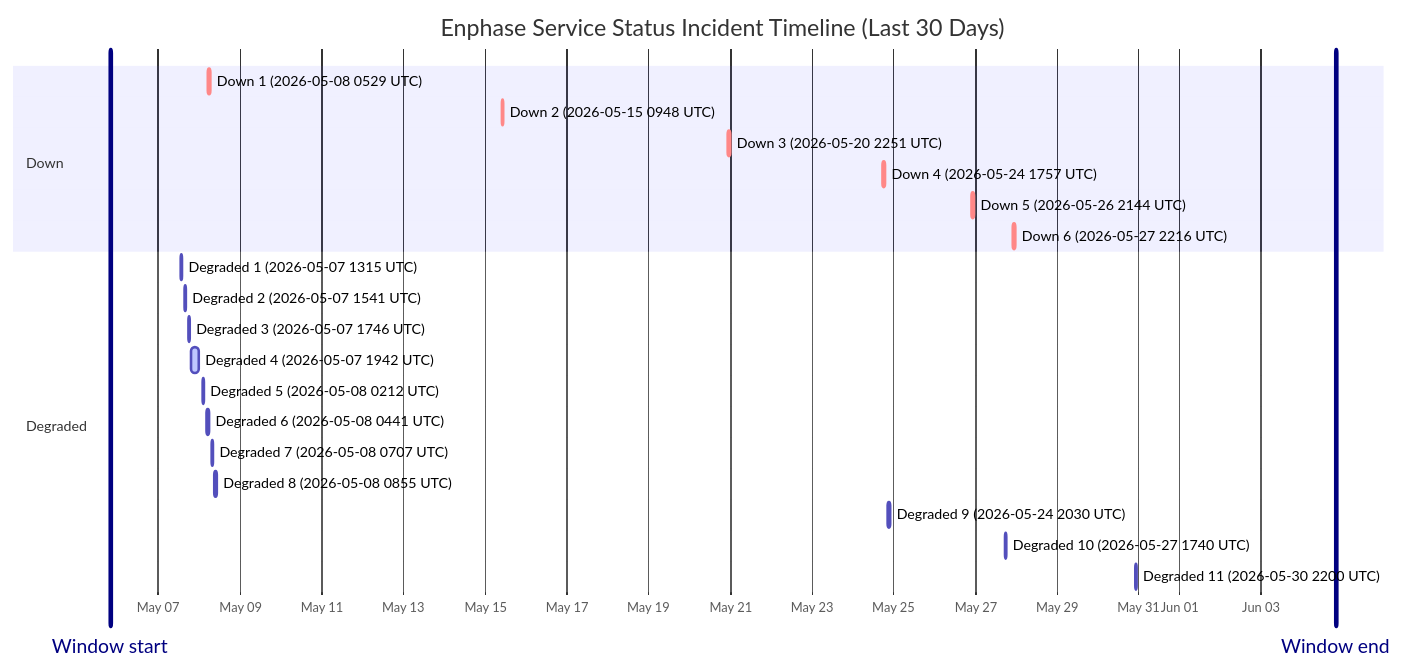
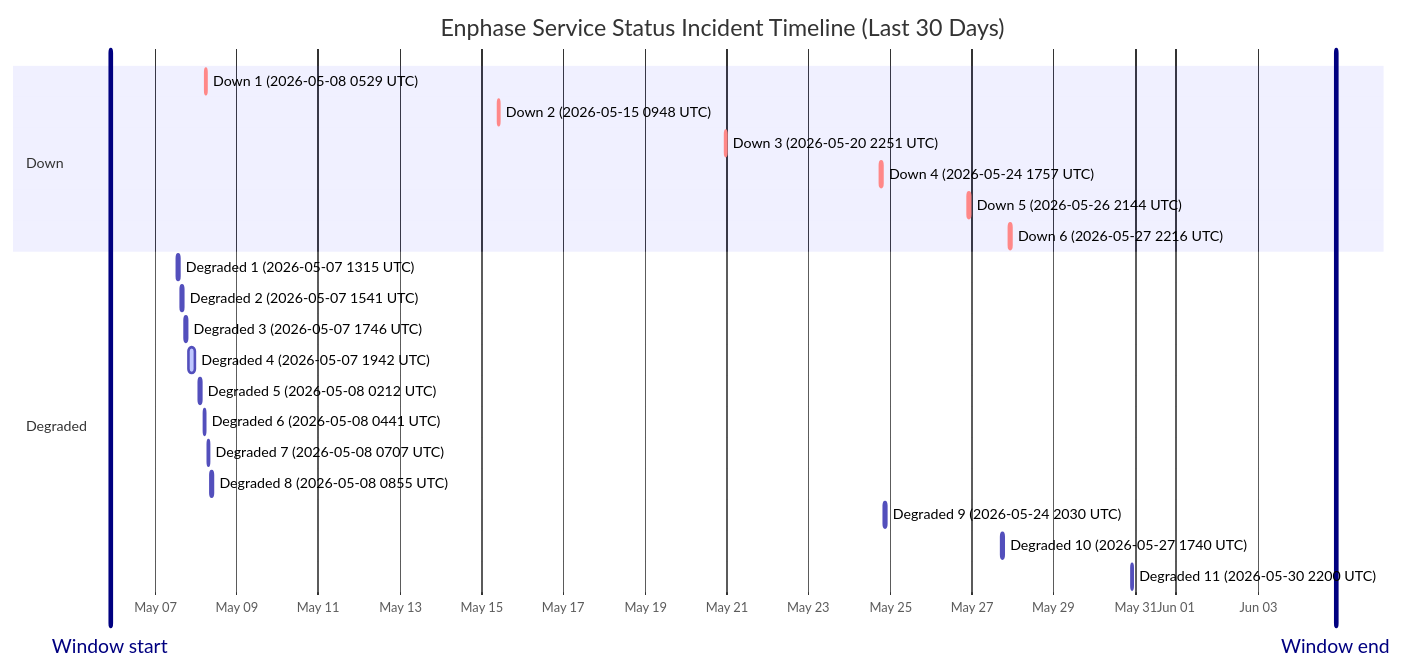
The diagram in wiki/Service-Status-History.md (barneyonline/ha-enphase-energy), drawn with Mermaid before and after one commit. The commit also changed other lines of this file and 3 other files, not shown here.

````diff
--- a/wiki/Service-Status-History.md
+++ b/wiki/Service-Status-History.md
@@ -14,27 +14,27 @@
 ```mermaid
 gantt
     title Enphase Service Status Incident Timeline (Last 30 Days)
     dateFormat  YYYY-MM-DDTHH:mm:ss
     axisFormat  %b %d
-    Window start :vert, window-start, 2026-05-05T19:37:31, 0ms
-    Window end :vert, window-end, 2026-06-04T19:37:31, 0ms
+    Window start :vert, window-start, 2026-05-05T21:40:15, 0ms
+    Window end :vert, window-end, 2026-06-04T21:40:15, 0ms
     section Down
     Down 1 (2026-05-08 0529 UTC) :crit, down-1, 2026-05-08T05:29:47, 60m
     Down 2 (2026-05-15 0948 UTC) :crit, down-2, 2026-05-15T09:48:18, 60m
     Down 3 (2026-05-20 2251 UTC) :crit, down-3, 2026-05-20T22:51:14, 75m
     Down 4 (2026-05-24 1757 UTC) :crit, down-4, 2026-05-24T17:57:41, 86m
     Down 5 (2026-05-26 2144 UTC) :crit, down-5, 2026-05-26T21:44:11, 85m
     Down 6 (2026-05-27 2216 UTC) :crit, down-6, 2026-05-27T22:16:53, 87m
     section Degraded
     Degraded 1 (2026-05-07 1315 UTC) :active, degraded-1, 2026-05-07T13:15:25, 60m
     Degraded 2 (2026-05-07 1541 UTC) :active, degraded-2, 2026-05-07T15:41:58, 60m
     Degraded 3 (2026-05-07 1746 UTC) :active, degraded-3, 2026-05-07T17:46:51, 60m
     Degraded 4 (2026-05-07 1942 UTC) :active, degraded-4, 2026-05-07T19:42:10, 249m
     Degraded 5 (2026-05-08 0212 UTC) :active, degraded-5, 2026-05-08T02:12:39, 60m
     Degraded 6 (2026-05-08 0441 UTC) :active, degraded-6, 2026-05-08T04:41:46, 60m
     Degraded 7 (2026-05-08 0707 UTC) :active, degraded-7, 2026-05-08T07:07:30, 60m
     Degraded 8 (2026-05-08 0855 UTC) :active, degraded-8, 2026-05-08T08:55:20, 88m
     Degraded 9 (2026-05-24 2030 UTC) :active, degraded-9, 2026-05-24T20:30:57, 84m
     Degraded 10 (2026-05-27 1740 UTC) :active, degraded-10, 2026-05-27T17:40:52, 60m
     Degraded 11 (2026-05-30 2200 UTC) :active, degraded-11, 2026-05-30T22:00:37, 60m
 ```
````
